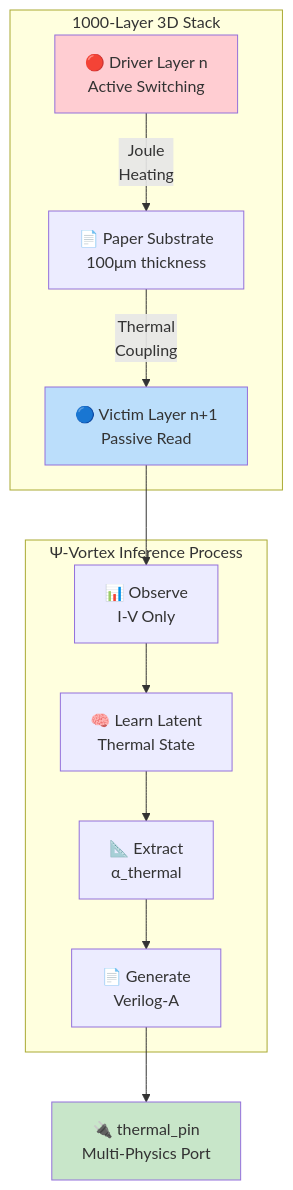
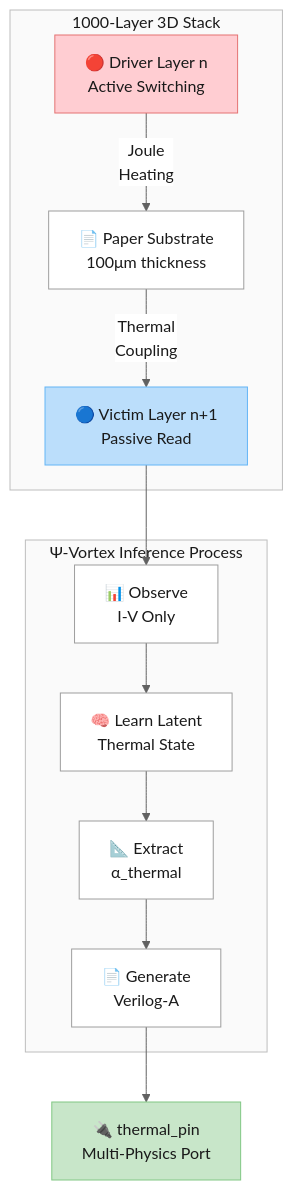
One commit to jurjsorinliviu/Psi-Vortex changed the fifth of 7 diagrams in README.md. Above: the diagram before and after it, drawn with Mermaid. The commit also changed other lines of this file, not shown here.

````diff
--- a/README.md
+++ b/README.md
@@ -546,25 +555,31 @@
 ```mermaid
+%%{init: {'theme':'base','themeVariables':{'primaryTextColor':'#1a1a1a','lineColor':'#616161','edgeLabelBackground':'#ffffff','clusterBkg':'#fafafa','clusterBorder':'#bdbdbd','titleColor':'#1a1a1a'}}}%%
 flowchart TB
     subgraph stack["1000-Layer 3D Stack"]
         A["🔴 Driver Layer n<br>Active Switching"]
         B["📄 Paper Substrate<br>100μm thickness"]
         C["🔵 Victim Layer n+1<br>Passive Read"]
     end
     
     A -->|"Joule<br>Heating"| B
     B -->|"Thermal<br>Coupling"| C
     
     subgraph inference["Ψ-Vortex Inference Process"]
         D["📊 Observe<br>I-V Only"] --> E["🧠 Learn Latent<br>Thermal State"]
         E --> F["📐 Extract<br>α_thermal"]
         F --> G["📄 Generate<br>Verilog-A"]
     end
     
     C --> D
     
     G --> H["🔌 thermal_pin<br>Multi-Physics Port"]
     
-    style A fill:#ffcdd2
-    style C fill:#bbdefb
-    style H fill:#c8e6c9
+    style A fill:#ffcdd2,color:#1a1a1a,stroke:#e57373
+    style B fill:#ffffff,color:#1a1a1a,stroke:#9e9e9e
+    style C fill:#bbdefb,color:#1a1a1a,stroke:#64b5f6
+    style D fill:#ffffff,color:#1a1a1a,stroke:#9e9e9e
+    style E fill:#ffffff,color:#1a1a1a,stroke:#9e9e9e
+    style F fill:#ffffff,color:#1a1a1a,stroke:#9e9e9e
+    style G fill:#ffffff,color:#1a1a1a,stroke:#9e9e9e
+    style H fill:#c8e6c9,color:#1a1a1a,stroke:#81c784
 ```
````
